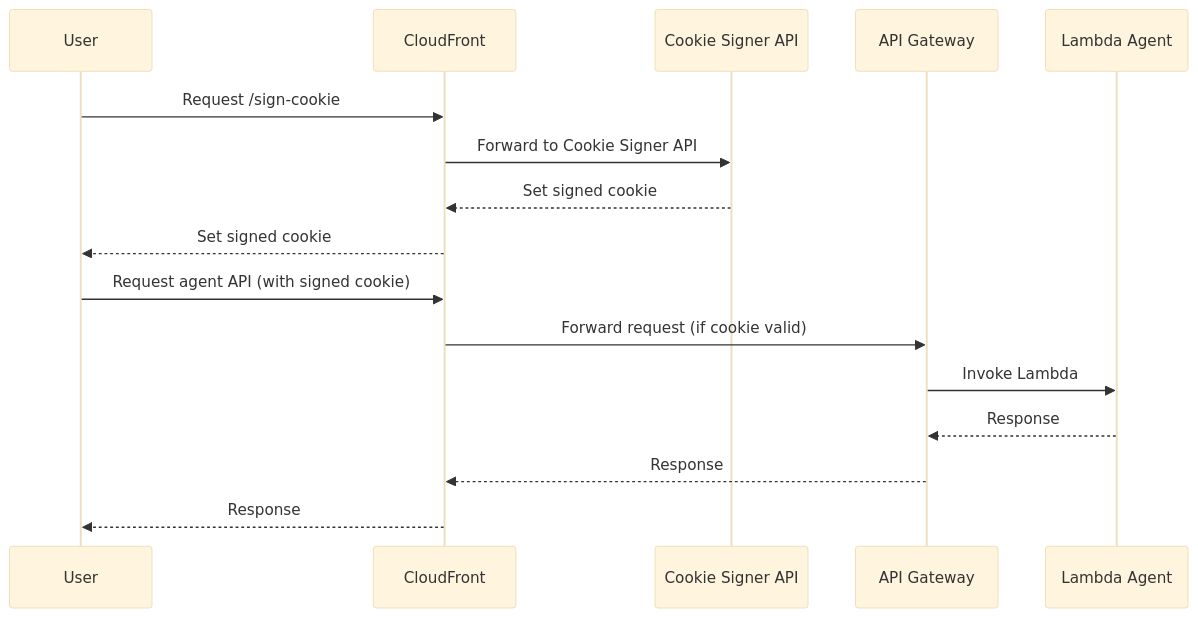
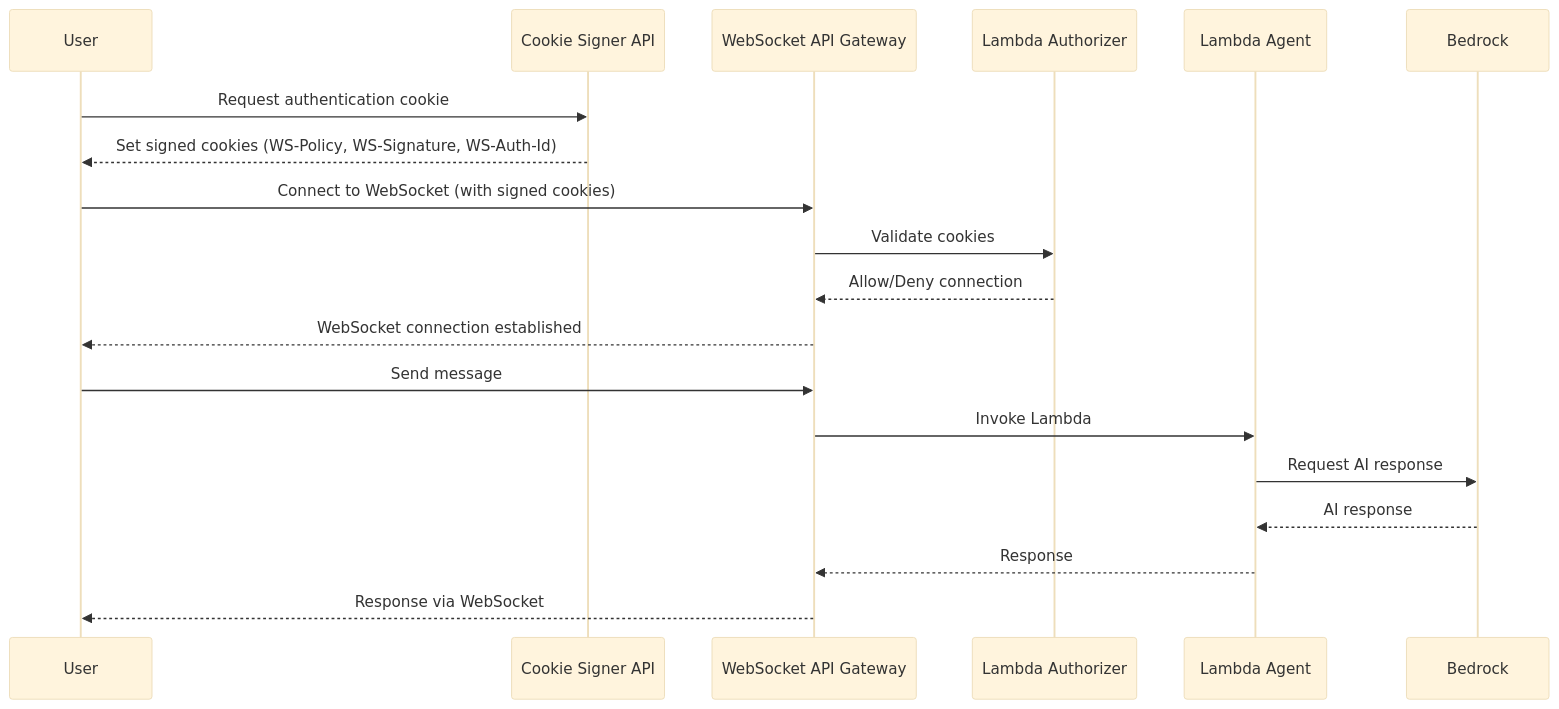
Before and after one commit to archil-l/secure-ai-agent: the diagram in README.md, drawn with Mermaid (base theme). The commit also changed other lines of this file and 13 other files, not shown here.

Commit message:
Initial version of web-socket migration

````diff
--- a/README.md
+++ b/README.md
@@ -7,19 +7,21 @@
 ```mermaid
 sequenceDiagram
     participant User
-    participant CloudFront
     participant CookieSigner as Cookie Signer API
-    participant APIGW as API Gateway
+    participant WebSocketAPI as WebSocket API Gateway
+    participant Authorizer as Lambda Authorizer
     participant Agent as Lambda Agent
 
-    User->>CloudFront: Request /sign-cookie
-    CloudFront->>CookieSigner: Forward to Cookie Signer API
-    CookieSigner-->>CloudFront: Set signed cookie
-    CloudFront-->>User: Set signed cookie
-    User->>CloudFront: Request agent API (with signed cookie)
-    CloudFront->>APIGW: Forward request (if cookie valid)
-    APIGW->>Agent: Invoke Lambda
-    Agent-->>APIGW: Response
-    APIGW-->>CloudFront: Response
-    CloudFront-->>User: Response
+    User->>CookieSigner: Request authentication cookie
+    CookieSigner-->>User: Set signed cookies (WS-Policy, WS-Signature, WS-Auth-Id)
+    User->>WebSocketAPI: Connect to WebSocket (with signed cookies)
+    WebSocketAPI->>Authorizer: Validate cookies
+    Authorizer-->>WebSocketAPI: Allow/Deny connection
+    WebSocketAPI-->>User: WebSocket connection established
+    User->>WebSocketAPI: Send message
+    WebSocketAPI->>Agent: Invoke Lambda
+    Agent->>Bedrock: Request AI response
+    Bedrock-->>Agent: AI response
+    Agent-->>WebSocketAPI: Response
+    WebSocketAPI-->>User: Response via WebSocket
 ```
````
